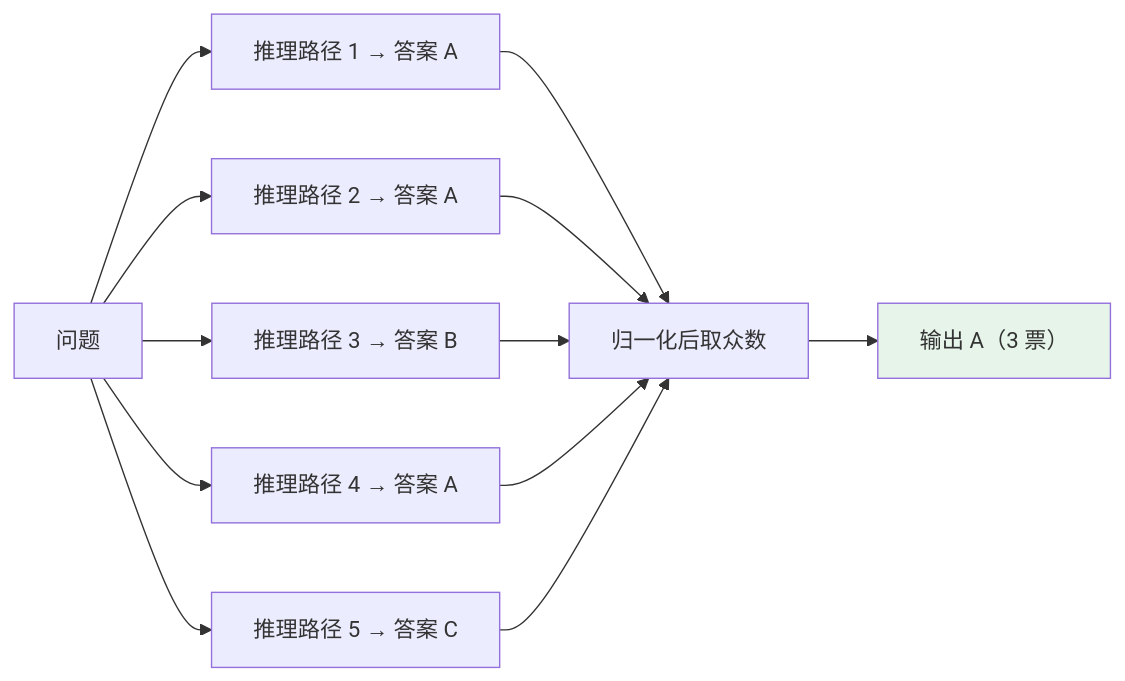
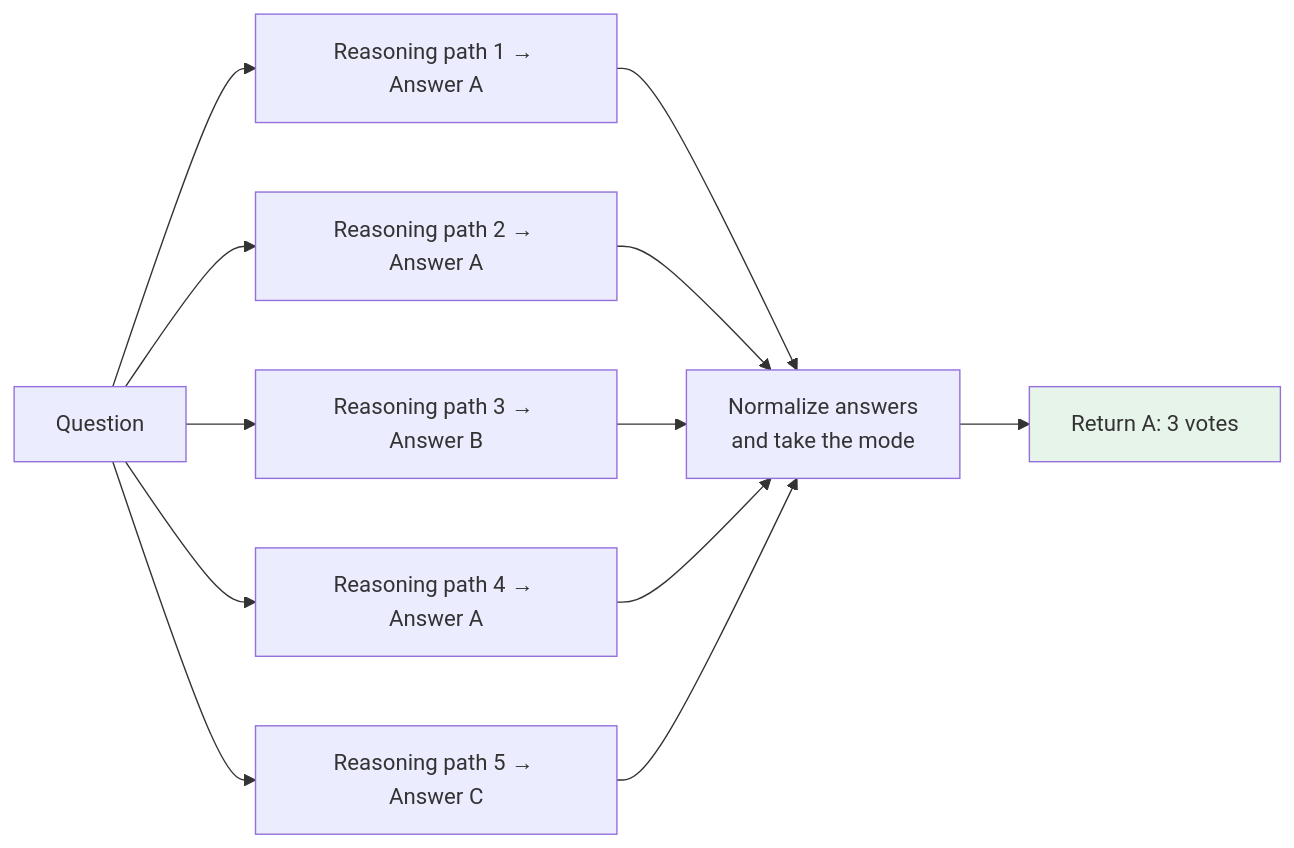
The second of 2 diagrams in docs/llm/04-prompt-reliability/17-cot.md (oneleaveknowsthefall/awesome-ai-roadmap), drawn with Mermaid before and after one commit. The commit also changed other lines of this file and 92 other files, not shown here.

````diff
--- a/docs/llm/04-prompt-reliability/17-cot.md
+++ b/docs/llm/04-prompt-reliability/17-cot.md
@@ -90,16 +94,16 @@
 ```mermaid
 flowchart LR
-    Q["问题"] --> P1["推理路径 1 → 答案 A"]
-    Q --> P2["推理路径 2 → 答案 A"]
-    Q --> P3["推理路径 3 → 答案 B"]
-    Q --> P4["推理路径 4 → 答案 A"]
-    Q --> P5["推理路径 5 → 答案 C"]
-    P1 --> V["归一化后取众数"]
+    Q["Question"] --> P1["Reasoning path 1 → Answer A"]
+    Q --> P2["Reasoning path 2 → Answer A"]
+    Q --> P3["Reasoning path 3 → Answer B"]
+    Q --> P4["Reasoning path 4 → Answer A"]
+    Q --> P5["Reasoning path 5 → Answer C"]
+    P1 --> V["Normalize answers<br/>and take the mode"]
     P2 --> V
     P3 --> V
     P4 --> V
     P5 --> V
-    V --> O["输出 A（3 票）"]
+    V --> O["Return A: 3 votes"]
 
     style O fill:#e6f4ea
 ```
````
